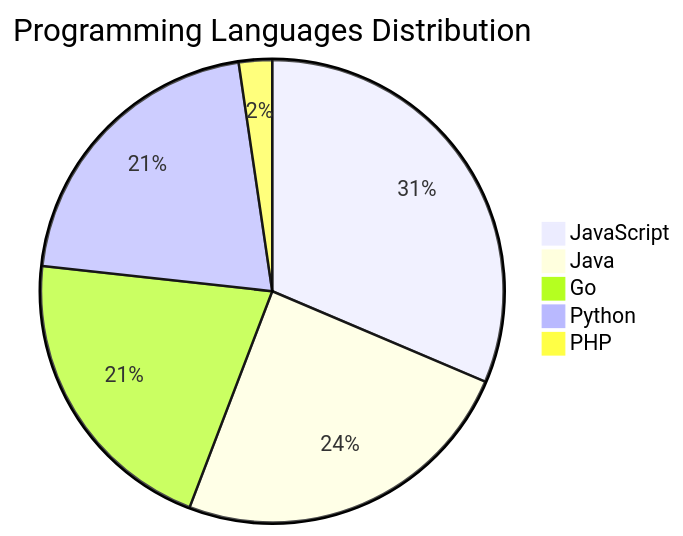
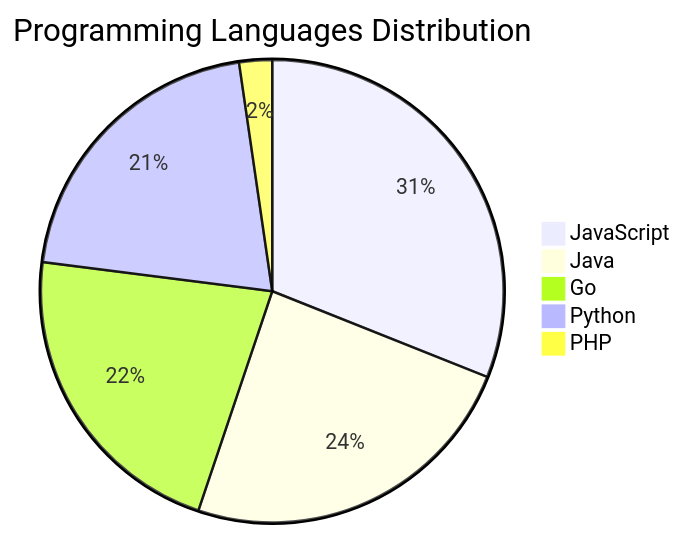
Before and after one commit to Derrick-MUGISHA/github-activity-bot: the diagram in README.md, drawn with Mermaid. The commit also changed other lines of this file and 3 other files, not shown here.

````diff
--- a/README.md
+++ b/README.md
@@ -71,8 +71,8 @@
 ```mermaid
 pie title Programming Languages Distribution
     "JavaScript" : 27
     "Java" : 21
-    "Go" : 18
+    "Go" : 19
     "Python" : 18
     "PHP" : 2
 ```
````
